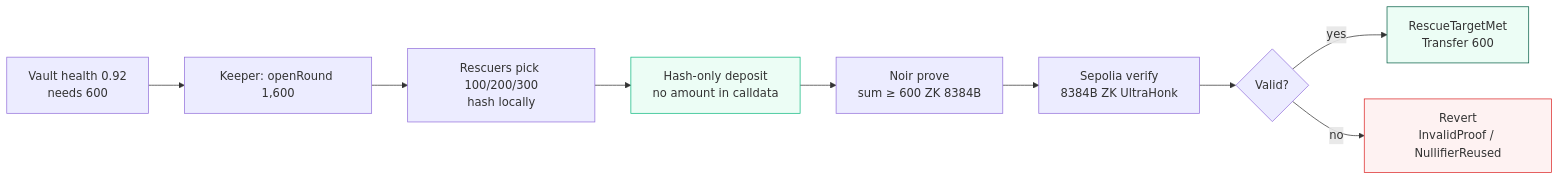
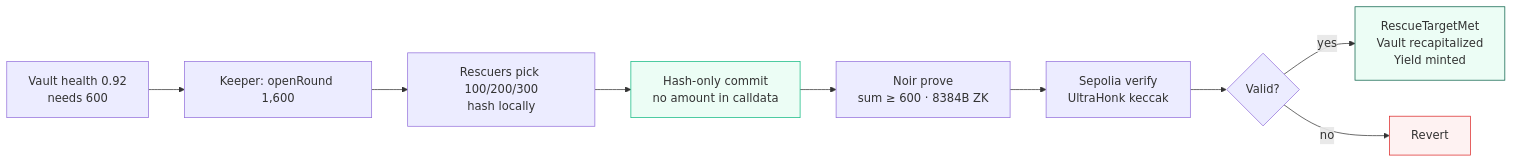
The first of 5 diagrams in README.md (sujalmh/blackswan-relay), drawn with Mermaid before and after one commit. The commit also changed other lines of this file, not shown here.

Commit message:
readme: v2 novelties - aggregate ZK (14 inputs, 8384B), dual escrow, nullifier-bound, mempool-agnostic

````diff
--- a/README.md
+++ b/README.md
@@ -30,14 +30,14 @@
 ```mermaid
 flowchart LR
   A[Vault health 0.92<br/>needs 600] --> B[Keeper: openRound 1,600]
   B --> C[Rescuers pick 100/200/300<br/>hash locally]
-  C --> D[Hash-only deposit<br/>no amount in calldata]
-  D --> E[Noir prove<br/>sum ≥ 600 ZK 8384B]
-  E --> F[Sepolia verify<br/>8384B ZK UltraHonk]
+  C --> D[Hash-only commit<br/>no amount in calldata]
+  D --> E[Noir prove<br/>sum ≥ 600 · 8384B ZK]
+  E --> F[Sepolia verify<br/>UltraHonk keccak]
   F --> G{Valid?}
-  G -->|yes| H[RescueTargetMet<br/>Transfer 600]
-  G -->|no| I[Revert<br/>InvalidProof / NullifierReused]
+  G -->|yes| H[RescueTargetMet<br/>Vault recapitalized<br/>Yield minted]
+  G -->|no| I[Revert]
   style D fill:#ECFDF5,stroke:#10B981
   style H fill:#ECFDF5,stroke:#065F46
   style I fill:#FEF2F2,stroke:#DC2626
 ```
````
